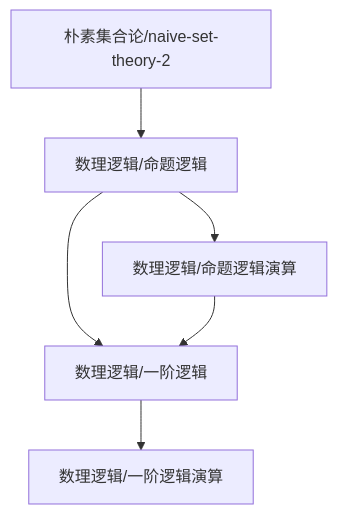
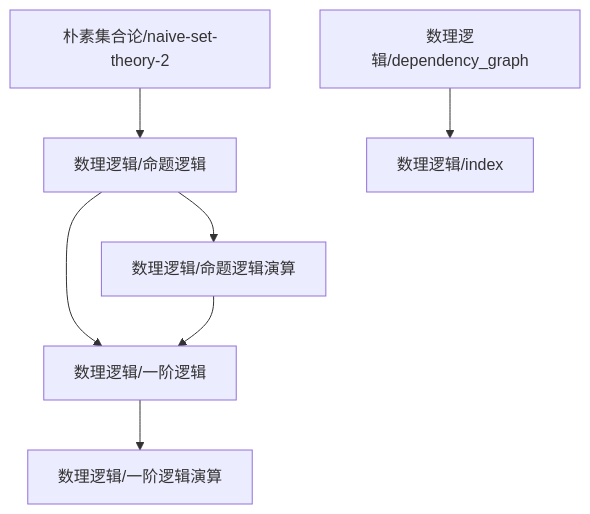
One commit to zeroDtree/zeroDtree.github.io changed the diagram in content/数理逻辑/dependency_graph.md. Above: the diagram before and after it, drawn with Mermaid. The commit also changed 30 other files, not shown here.

````diff
--- a/content/数理逻辑/dependency_graph.md
+++ b/content/数理逻辑/dependency_graph.md
@@ -1,8 +1,9 @@
 ```mermaid
 graph TD
 1["数理逻辑/命题逻辑"] --> 0["数理逻辑/命题逻辑演算"]
 1["数理逻辑/命题逻辑"] --> 2["数理逻辑/一阶逻辑"]
 0["数理逻辑/命题逻辑演算"] --> 2["数理逻辑/一阶逻辑"]
-3["朴素集合论/naive-set-theory-2"] --> 1["数理逻辑/命题逻辑"]
-2["数理逻辑/一阶逻辑"] --> 4["数理逻辑/一阶逻辑演算"]
+4["数理逻辑/dependency_graph"] --> 3["数理逻辑/index"]
+5["朴素集合论/naive-set-theory-2"] --> 1["数理逻辑/命题逻辑"]
+2["数理逻辑/一阶逻辑"] --> 6["数理逻辑/一阶逻辑演算"]
 ```
````
